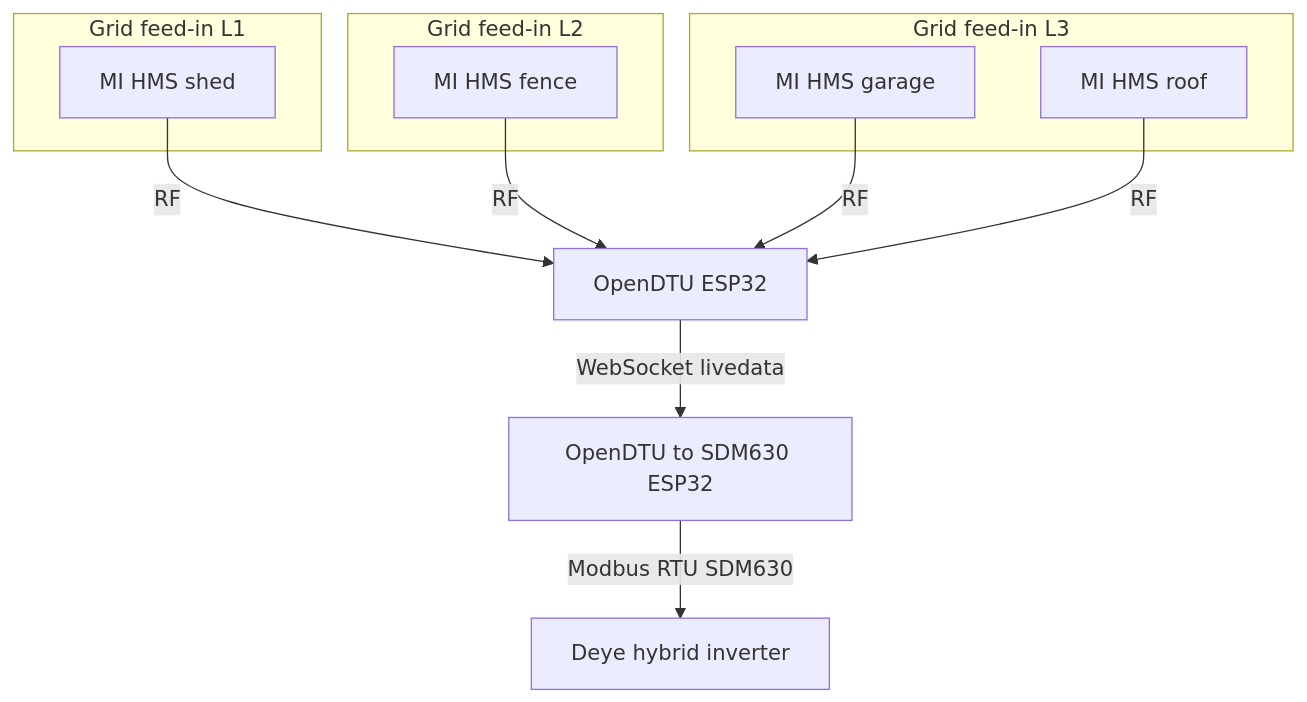
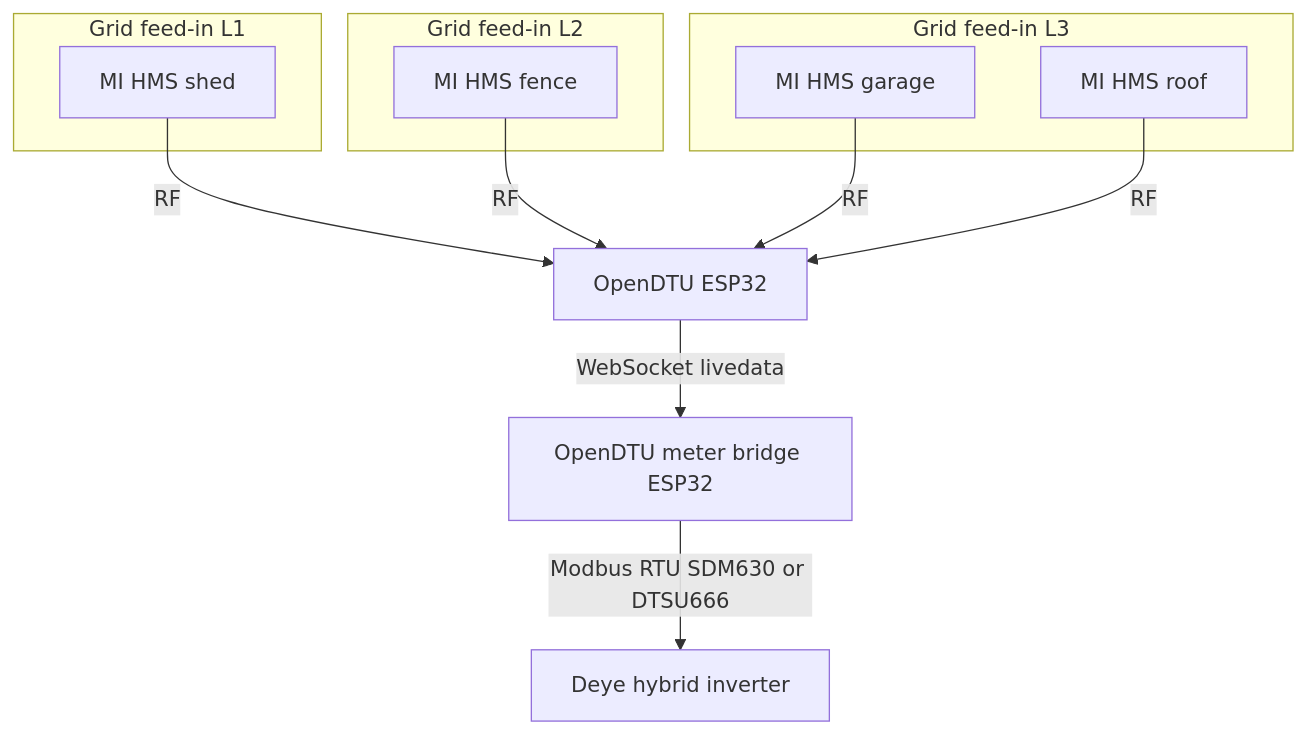
Before and after one commit to Lewa-Reka/esphome-opendtu-meter-bridge: the first of 2 diagrams in README.md, drawn with Mermaid. The commit also changed other lines of this file and 25 other files, not shown here.

First line of the commit message:
feat: add CHINT DTSU666 meter profile (#2)

````diff
--- a/README.md
+++ b/README.md
@@ -46,22 +46,22 @@
 ```mermaid
 flowchart TB
   subgraph feed_l1 ["Grid feed-in L1"]
     mi_l1["MI HMS shed"]
   end
   subgraph feed_l2 ["Grid feed-in L2"]
     mi_l2["MI HMS fence"]
   end
   subgraph feed_l3 ["Grid feed-in L3"]
     mi_l3a["MI HMS garage"]
     mi_l3b["MI HMS roof"]
   end
   odtu["OpenDTU ESP32"]
-  bridge["OpenDTU to SDM630 ESP32"]
+  bridge["OpenDTU meter bridge ESP32"]
   deye["Deye hybrid inverter"]
   mi_l1 -->|RF| odtu
   mi_l2 -->|RF| odtu
   mi_l3a -->|RF| odtu
   mi_l3b -->|RF| odtu
   odtu -->|WebSocket livedata| bridge
-  bridge -->|Modbus RTU SDM630| deye
+  bridge -->|Modbus RTU SDM630 or DTSU666| deye
 ```
````
